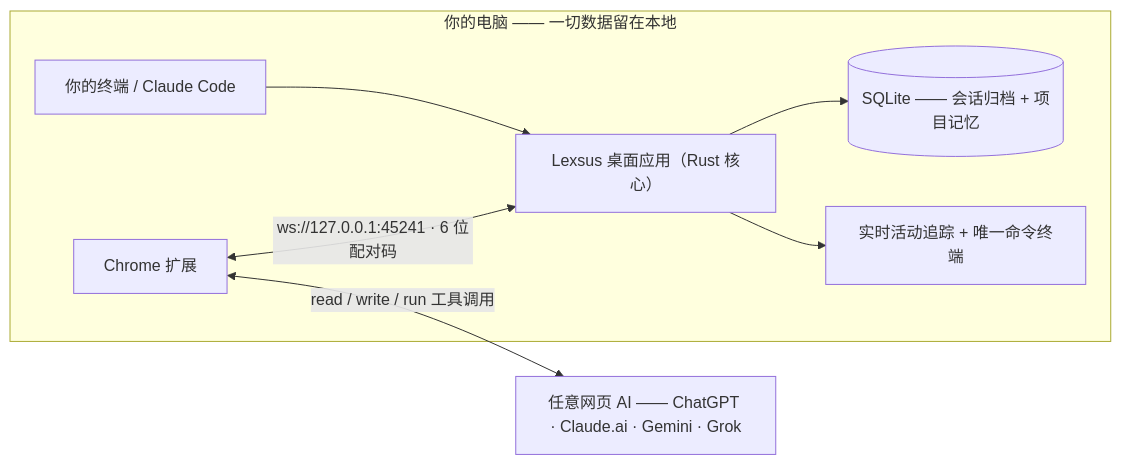
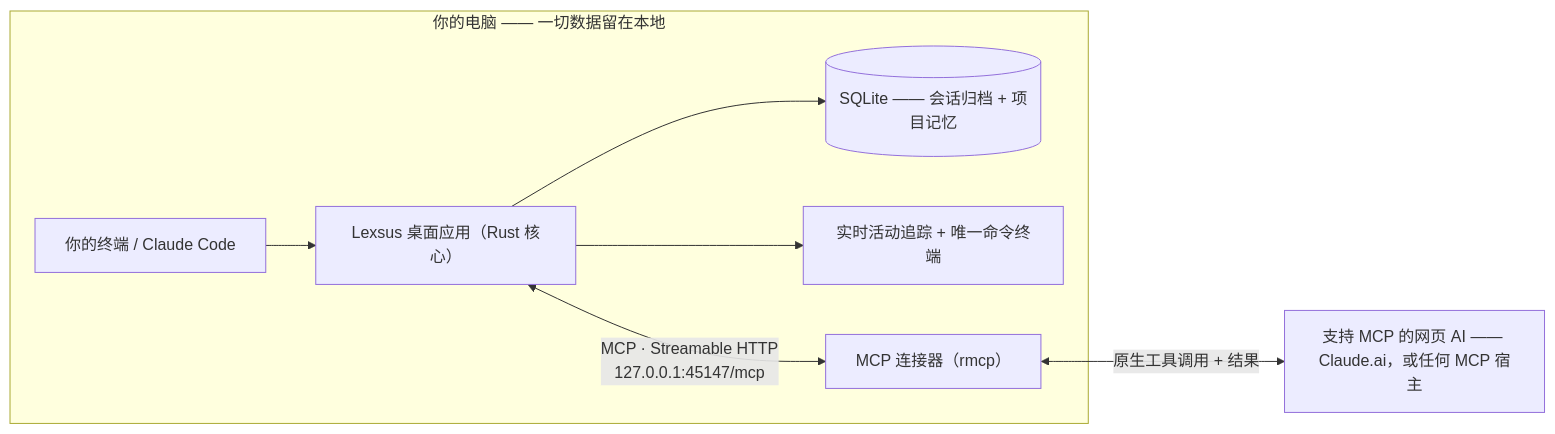
One commit to abdulwasea89/lexsus changed the diagram in README.zh-CN.md. Above: the diagram before and after it, drawn with Mermaid. The commit also changed other lines of this file and 49 other files, not shown here.

````diff
--- a/README.zh-CN.md
+++ b/README.zh-CN.md
@@ -39,10 +41,10 @@
 ```mermaid
 flowchart LR
     subgraph Local["你的电脑 —— 一切数据留在本地"]
         A["你的终端 / Claude Code"] --> P["Lexsus 桌面应用（Rust 核心）"]
         P --> D[("SQLite —— 会话归档 + 项目记忆")]
         P --> T["实时活动追踪 + 唯一命令终端"]
-        X["Chrome 扩展"] <-->|"ws://127.0.0.1:45241 · 6 位配对码"| P
+        P <-->|"MCP · Streamable HTTP<br/>127.0.0.1:45147/mcp"| M["MCP 连接器（rmcp）"]
     end
-    X <-->|"read / write / run 工具调用"| W["任意网页 AI —— ChatGPT · Claude.ai · Gemini · Grok"]
+    M <-->|"原生工具调用 + 结果"| W["支持 MCP 的网页 AI —— Claude.ai，或任何 MCP 宿主"]
 ```
````
